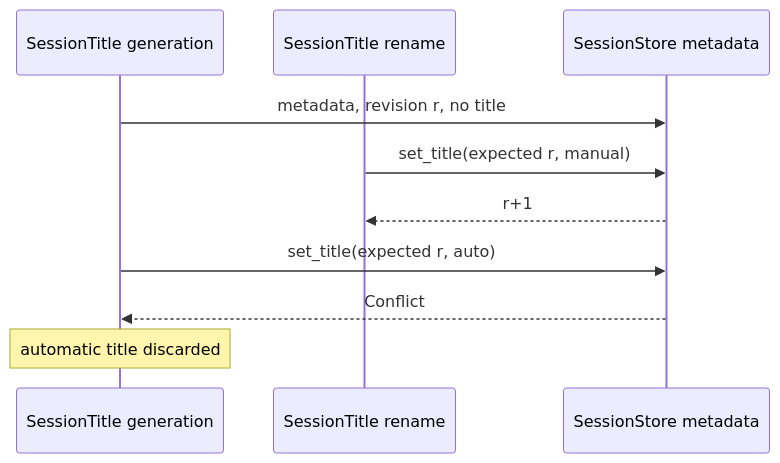
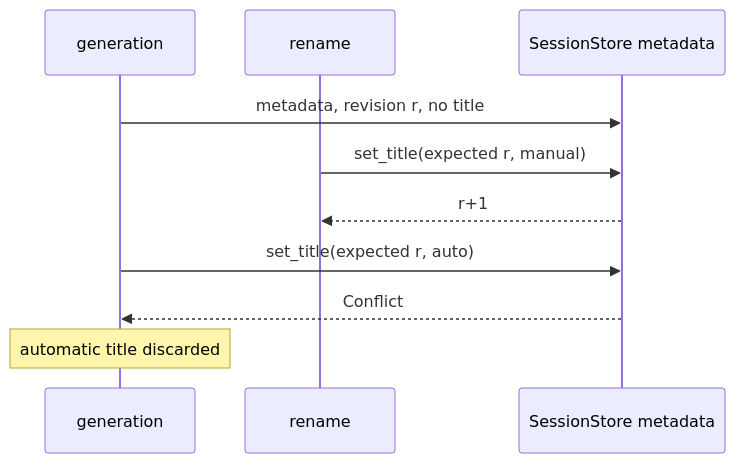
The fifth of 5 diagrams in docs/design/plugins/SessionTitle.md (CoutinhoTTS/dim-agent), drawn with Mermaid before and after one commit. The commit also changed other lines of this file and 3 other files, not shown here.

````diff
--- a/docs/design/plugins/SessionTitle.md
+++ b/docs/design/plugins/SessionTitle.md
@@ -116,12 +107,12 @@
 ```mermaid
 sequenceDiagram
-  participant ST as SessionTitle generation
-  participant R as SessionTitle rename
+  participant G as generation
+  participant R as rename
   participant Meta as SessionStore metadata
-  ST->>Meta: metadata, revision r, no title
+  G->>Meta: metadata, revision r, no title
   R->>Meta: set_title(expected r, manual)
   Meta-->>R: r+1
-  ST->>Meta: set_title(expected r, auto)
-  Meta-->>ST: Conflict
-  Note over ST: automatic title discarded
+  G->>Meta: set_title(expected r, auto)
+  Meta-->>G: Conflict
+  Note over G: automatic title discarded
 ```
````
